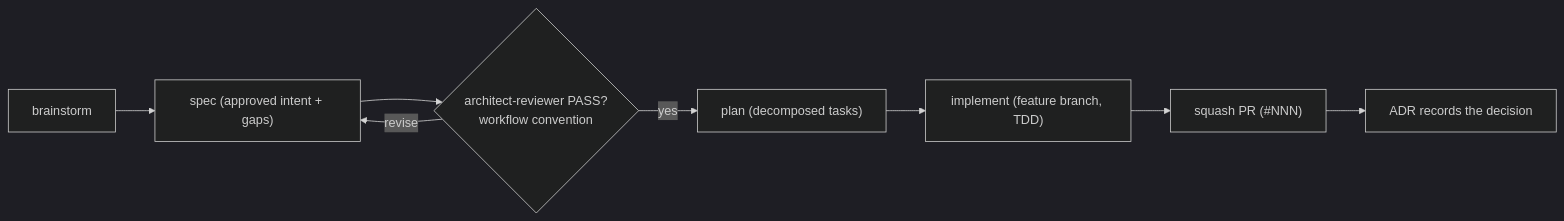
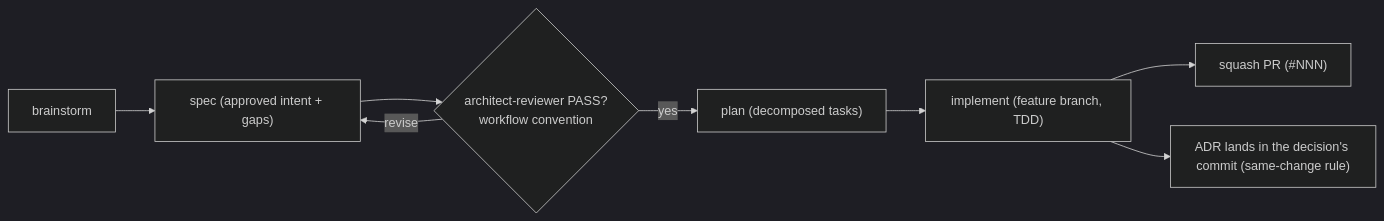
The second of 2 diagrams in docs/handbook/knowledge-architecture.md (erikunha/portfolio), drawn with Mermaid (dark theme) before and after one commit. The commit also changed other lines of this file and 26 other files, not shown here.

First line of the commit message:
docs(sync): re-sync docs and mermaid diagrams to the redesigned chrome

````diff
--- a/docs/handbook/knowledge-architecture.md
+++ b/docs/handbook/knowledge-architecture.md
@@ -69,10 +68,10 @@
 ```mermaid
 flowchart LR
     brainstorm["brainstorm"] --> spec["spec (approved intent + gaps)"]
     spec --> gate{"architect-reviewer PASS?<br/>workflow convention"}
     gate -->|revise| spec
     gate -->|yes| plan["plan (decomposed tasks)"]
     plan --> impl["implement (feature branch, TDD)"]
     impl --> pr["squash PR (#NNN)"]
-    pr --> adr["ADR records the decision"]
+    impl --> adr["ADR lands in the decision's commit (same-change rule)"]
 ```
````
